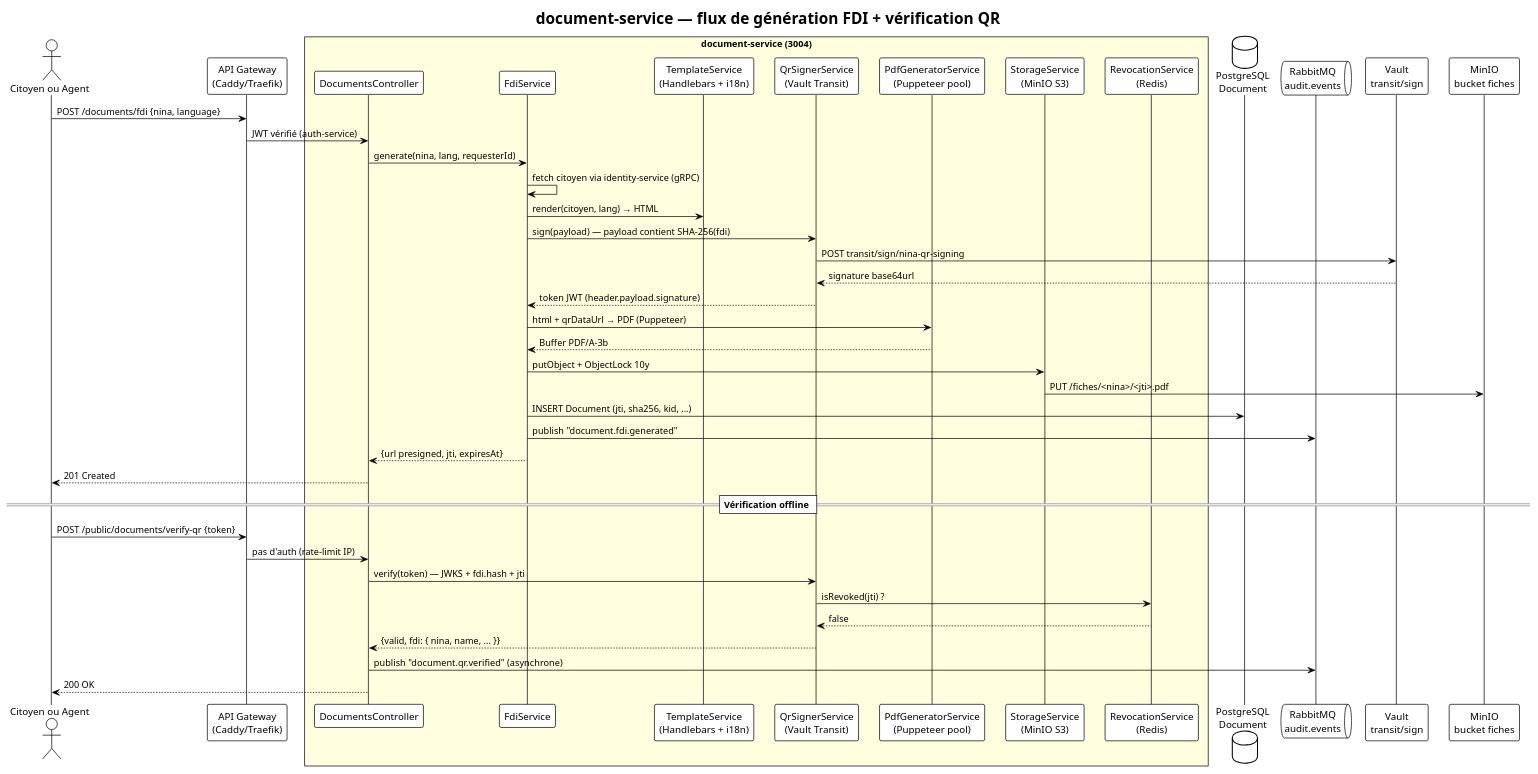
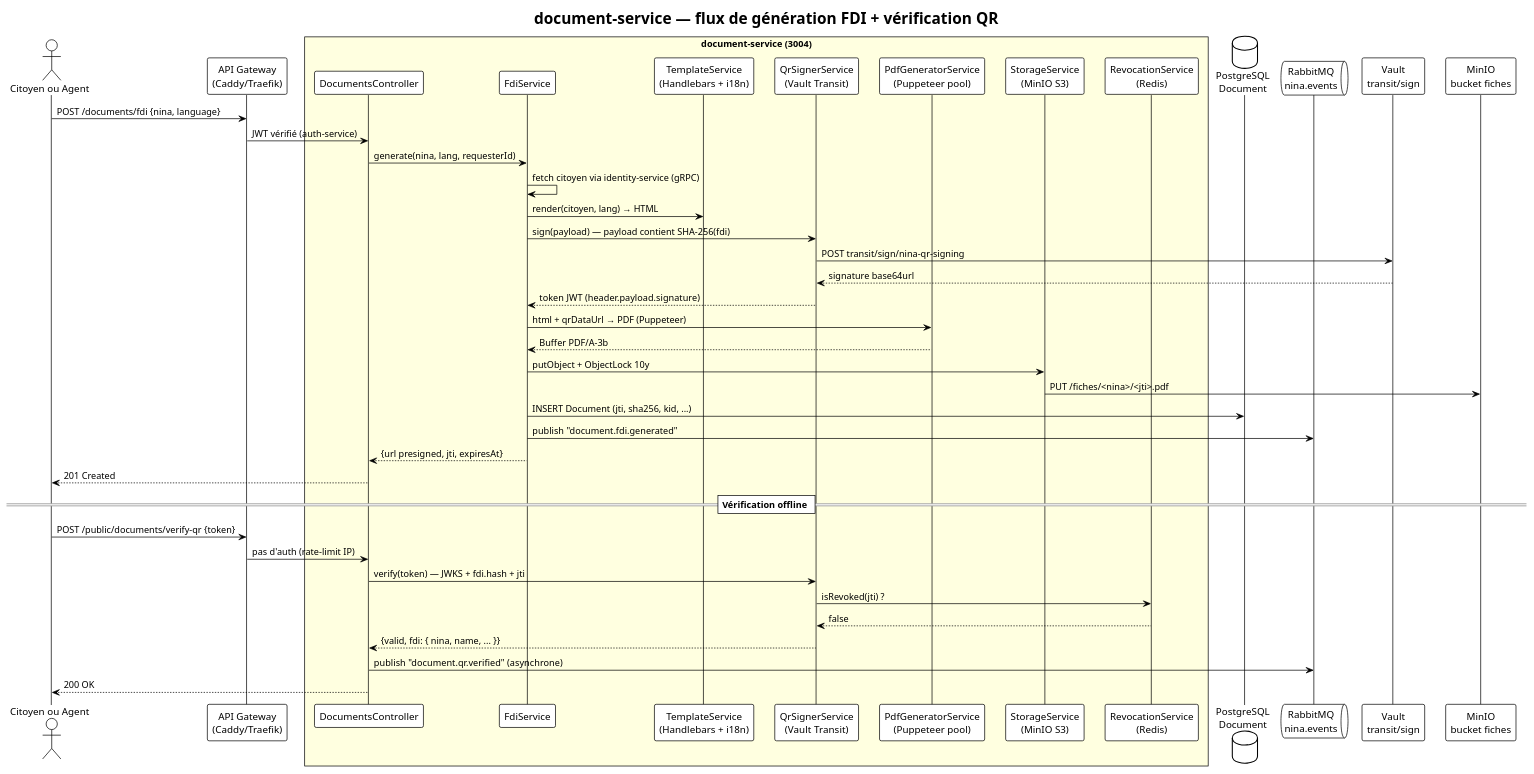
Before and after one commit to TheManInPink/Session-Ete-2026: the diagram in docs/10-BACKEND-DOCUMENT-SERVICE.md, drawn with PlantUML. The commit also changed other lines of this file and 6 other files, not shown here.

First line of the commit message:
docs: aligner ADR-014 + docs 09/10/11 + diagrammes sur la topologie RabbitMQ réelle

````diff
--- a/docs/10-BACKEND-DOCUMENT-SERVICE.md
+++ b/docs/10-BACKEND-DOCUMENT-SERVICE.md
@@ -207,50 +207,50 @@
 ```plantuml
 @startuml
 !theme plain
 title document-service — flux de génération FDI + vérification QR
 
 actor "Citoyen ou Agent" as User
 participant "API Gateway\n(Caddy/Traefik)" as GW
 box "document-service (3004)" #LightYellow
   participant "DocumentsController" as Ctrl
   participant "FdiService" as Fdi
   participant "TemplateService\n(Handlebars + i18n)" as Tpl
   participant "QrSignerService\n(Vault Transit)" as Qr
   participant "PdfGeneratorService\n(Puppeteer pool)" as Pdf
   participant "StorageService\n(MinIO S3)" as S3
   participant "RevocationService\n(Redis)" as Rev
 end box
 database "PostgreSQL\nDocument" as DB
-queue "RabbitMQ\naudit.events" as MQ
+queue "RabbitMQ\nnina.events" as MQ
 participant "Vault\ntransit/sign" as Vault
 participant "MinIO\nbucket fiches" as Minio
 
 User -> GW : POST /documents/fdi {nina, language}
 GW -> Ctrl : JWT vérifié (auth-service)
 Ctrl -> Fdi : generate(nina, lang, requesterId)
 Fdi -> Fdi : fetch citoyen via identity-service (gRPC)
 Fdi -> Tpl : render(citoyen, lang) → HTML
 Fdi -> Qr : sign(payload) — payload contient SHA-256(fdi)
 Qr -> Vault : POST transit/sign/nina-qr-signing
 Vault --> Qr : signature base64url
 Qr --> Fdi : token JWT (header.payload.signature)
 Fdi -> Pdf : html + qrDataUrl → PDF (Puppeteer)
 Pdf --> Fdi : Buffer PDF/A-3b
 Fdi -> S3 : putObject + ObjectLock 10y
 S3 -> Minio : PUT /fiches/<nina>/<jti>.pdf
 Fdi -> DB : INSERT Document (jti, sha256, kid, ...)
 Fdi -> MQ : publish "document.fdi.generated"
 Fdi --> Ctrl : {url presigned, jti, expiresAt}
 Ctrl --> User : 201 Created
 
 == Vérification offline ==
 User -> GW : POST /public/documents/verify-qr {token}
 GW -> Ctrl : pas d'auth (rate-limit IP)
 Ctrl -> Qr : verify(token) — JWKS + fdi.hash + jti
 Qr -> Rev : isRevoked(jti) ?
 Rev --> Qr : false
 Qr --> Ctrl : {valid, fdi: { nina, name, ... }}
 Ctrl -> MQ : publish "document.qr.verified" (asynchrone)
 Ctrl --> User : 200 OK
 @enduml
 ```
````
